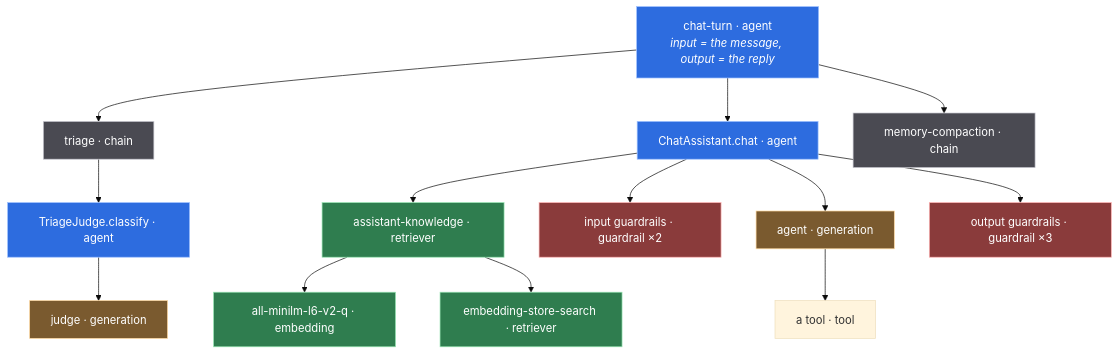
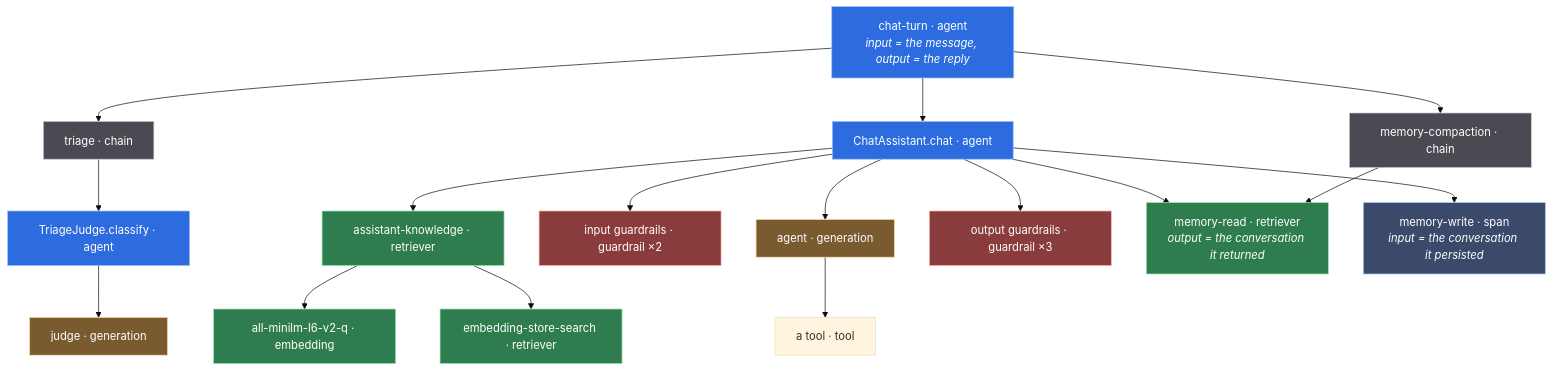
The second of 2 diagrams in docs/07-observability.md (rodrigorjsf/java-micronaut-langchain4j-poc), drawn with Mermaid (base theme) before and after one commit. The commit also changed other lines of this file and 1 other file, not shown here.

````diff
--- a/docs/07-observability.md
+++ b/docs/07-observability.md
@@ -71,39 +71,46 @@
 ```mermaid
 flowchart TB
     classDef agent fill:#2d6cdf,stroke:#9ec1ff,color:#ffffff
     classDef gen fill:#7a5a2f,stroke:#ffd9a0,color:#ffffff
     classDef guard fill:#8a3b3b,stroke:#ffb4b4,color:#ffffff
     classDef chain fill:#4a4a52,stroke:#c9c9d1,color:#ffffff
     classDef retr fill:#2f7d4f,stroke:#9ae6b4,color:#ffffff
+    classDef span fill:#3b4a6b,stroke:#a9c1ff,color:#ffffff
 
     ROOT["chat-turn · agent<br/><i>input = the message, output = the reply</i>"]
     TRIAGE["triage · chain"]
     TJ["TriageJudge.classify · agent"]
     JUDGE["judge · generation"]
     ASSIST["ChatAssistant.chat · agent"]
     RETR["assistant-knowledge · retriever"]
     EMB["all-minilm-l6-v2-q · embedding"]
     SEARCH["embedding-store-search · retriever"]
     G1["input guardrails · guardrail ×2"]
     AGENT["agent · generation"]
     TOOL["a tool · tool"]
     G2["output guardrails · guardrail ×3"]
     COMP["memory-compaction · chain"]
+    MEMR["memory-read · retriever<br/><i>output = the conversation it returned</i>"]
+    MEMW["memory-write · span<br/><i>input = the conversation it persisted</i>"]
 
     ROOT --> TRIAGE --> TJ --> JUDGE
     ROOT --> ASSIST
     ASSIST --> RETR
     RETR --> EMB
     RETR --> SEARCH
     ASSIST --> G1
     ASSIST --> AGENT
     AGENT --> TOOL
     ASSIST --> G2
+    ASSIST --> MEMR
+    ASSIST --> MEMW
     ROOT --> COMP
+    COMP --> MEMR
 
     class ROOT,TJ,ASSIST agent
     class JUDGE,AGENT gen
     class G1,G2 guard
     class TRIAGE,COMP chain
-    class RETR,SEARCH,EMB retr
+    class RETR,SEARCH,EMB,MEMR retr
+    class MEMW span
 ```
````
